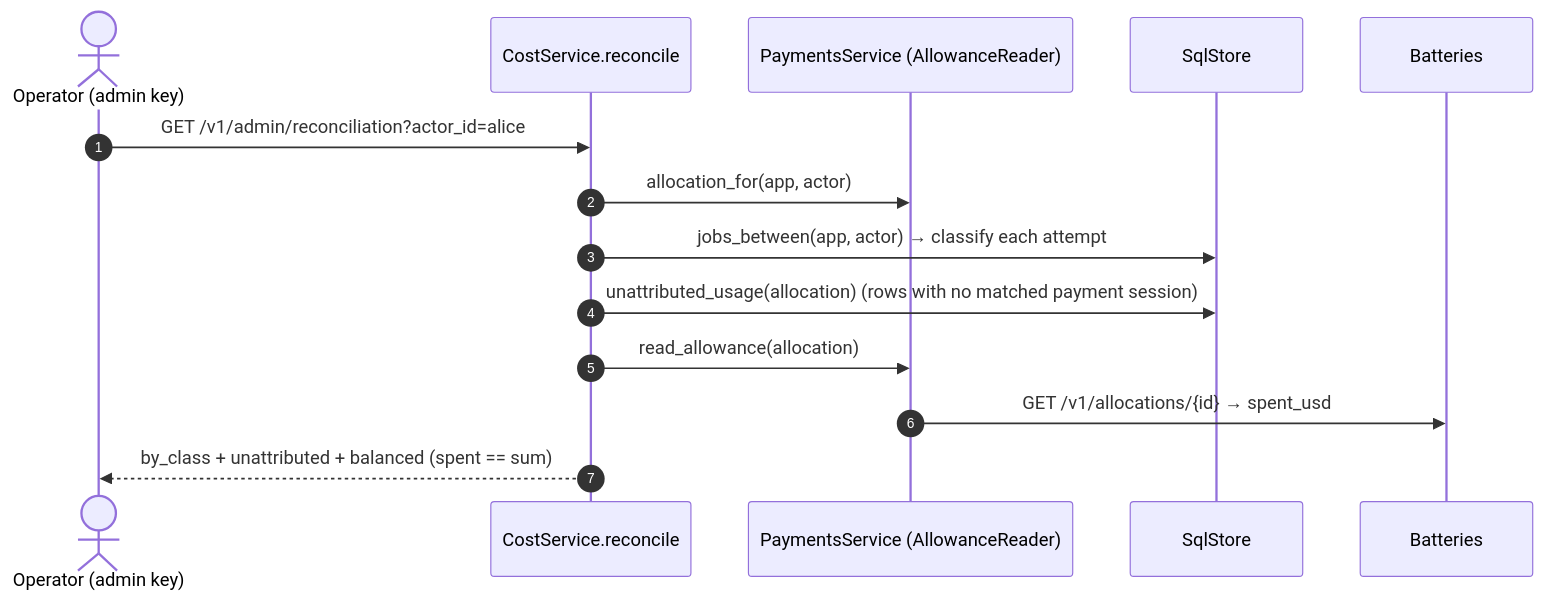
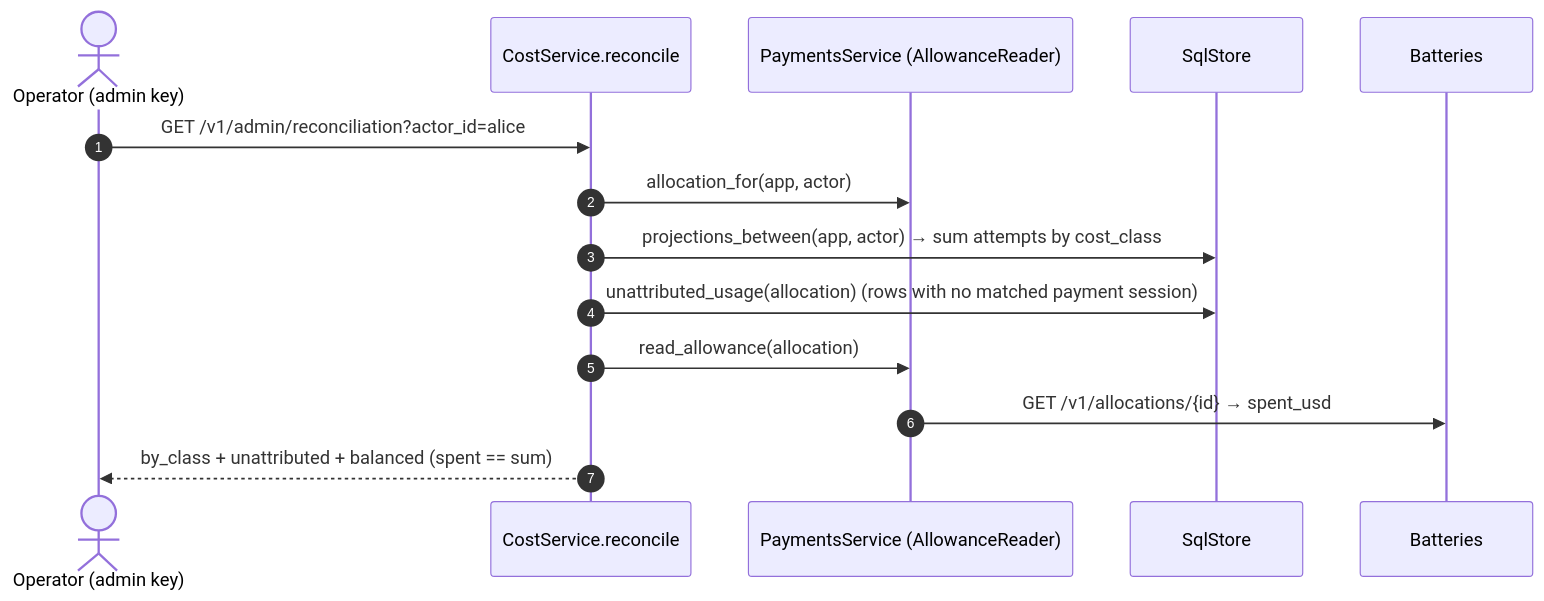
Before and after one commit to NE-Build-Track/livepeer-builder-core: the eighth of 12 diagrams in docs/design-docs/architecture-diagrams.md, drawn with Mermaid. The commit also changed other lines of this file and 20 other files, not shown here.

````diff
--- a/docs/design-docs/architecture-diagrams.md
+++ b/docs/design-docs/architecture-diagrams.md
@@ -265,16 +267,16 @@
 ```mermaid
 sequenceDiagram
     autonumber
     actor Op as Operator (admin key)
     participant C as CostService.reconcile
     participant Pay as PaymentsService (AllowanceReader)
     participant DB as SqlStore
     participant Bat as Batteries
     Op->>C: GET /v1/admin/reconciliation?actor_id=alice
     C->>Pay: allocation_for(app, actor)
-    C->>DB: jobs_between(app, actor) → classify each attempt
+    C->>DB: projections_between(app, actor) → sum attempts by cost_class
     C->>DB: unattributed_usage(allocation) (rows with no matched payment session)
     C->>Pay: read_allowance(allocation)
     Pay->>Bat: GET /v1/allocations/{id} → spent_usd
     C-->>Op: by_class + unattributed + balanced (spent == sum)
 ```
````
